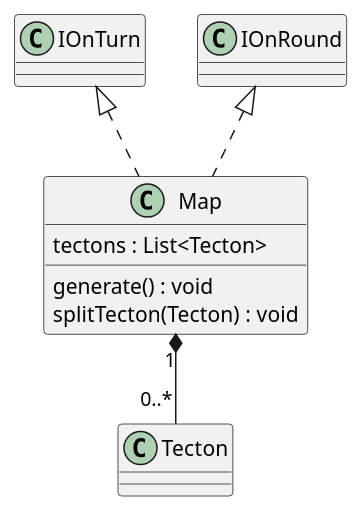
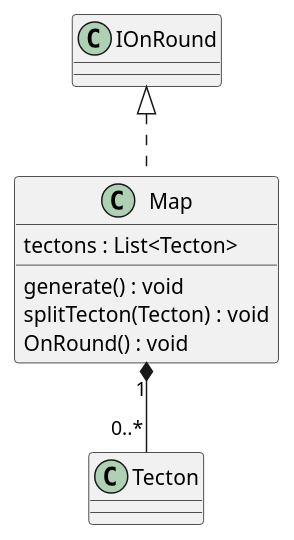
The diagram in 3/classes/map.puml (Petya-G/fungorium), drawn with PlantUML before and after one commit. The commit also changed 8 other files, not shown here.

```diff
--- a/3/classes/map.puml
+++ b/3/classes/map.puml
@@ -1,10 +1,11 @@
 @startuml map
-IOnTurn <|.. Map 
+'IOnTurn <|.. Map 
 IOnRound <|.. Map
 Map "1" *-- "0..*" Tecton
 class Map{
     tectons : List<Tecton>
     generate() : void
     splitTecton(Tecton) : void
+    OnRound() : void
 }
 @enduml
```
